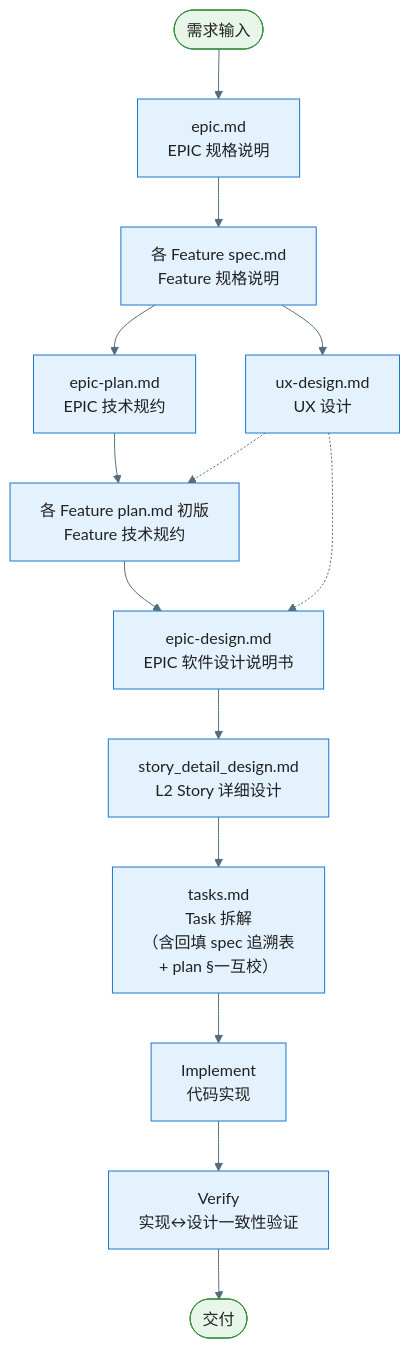
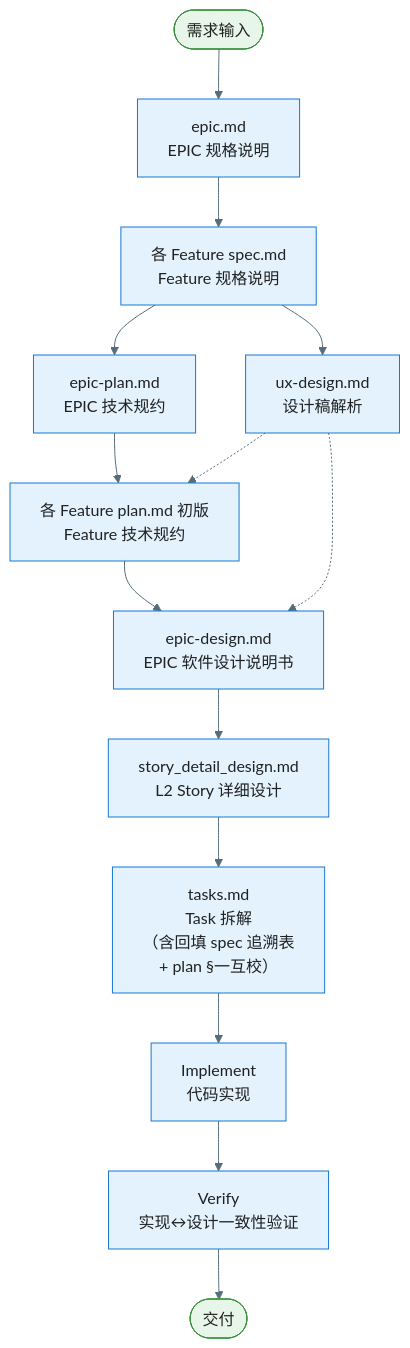
One commit to jackykarma/Verity changed the first of 5 diagrams in .specify/workflow-overview.md. Above: the diagram before and after it, drawn with Mermaid. The commit also changed other lines of this file and 6 other files, not shown here.

````diff
--- a/.specify/workflow-overview.md
+++ b/.specify/workflow-overview.md
@@ -9,28 +9,28 @@
 ```mermaid
 %%{init: {'theme': 'base', 'themeVariables': { 'primaryColor': '#E3F2FD', 'primaryTextColor': '#212121', 'primaryBorderColor': '#1976D2', 'lineColor': '#546E7A'}}}%%
 flowchart TD
     Start([需求输入]) --> EpicMd["epic.md<br/>EPIC 规格说明"]
     EpicMd --> SpecMd["各 Feature spec.md<br/>Feature 规格说明"]
     SpecMd --> EpicPlan["epic-plan.md<br/>EPIC 技术规约"]
-    SpecMd --> UxDesign["ux-design.md<br/>UX 设计"]
+    SpecMd --> UxDesign["ux-design.md<br/>设计稿解析"]
     EpicPlan --> PlanMd["各 Feature plan.md 初版<br/>Feature 技术规约"]
     UxDesign -.-> PlanMd
     PlanMd --> EpicDesign["epic-design.md<br/>EPIC 软件设计说明书"]
     UxDesign -.-> EpicDesign
     EpicDesign --> StoryDesign["story_detail_design.md<br/>L2 Story 详细设计"]
     StoryDesign --> TasksMd["tasks.md<br/>Task 拆解<br/>（含回填 spec 追溯表<br/>+ plan §一互校）"]
     TasksMd --> Implement["Implement<br/>代码实现"]
     Implement --> Verify["Verify<br/>实现↔设计一致性验证"]
     Verify --> Done([交付])
 
     style Start fill:#E8F5E9,stroke:#388E3C
     style Done fill:#E8F5E9,stroke:#388E3C
     style EpicMd fill:#E3F2FD,stroke:#1976D2
     style SpecMd fill:#E3F2FD,stroke:#1976D2
     style EpicPlan fill:#E3F2FD,stroke:#1976D2
     style UxDesign fill:#E3F2FD,stroke:#1976D2
     style PlanMd fill:#E3F2FD,stroke:#1976D2
     style EpicDesign fill:#E3F2FD,stroke:#1976D2
     style StoryDesign fill:#E3F2FD,stroke:#1976D2
     style TasksMd fill:#E3F2FD,stroke:#1976D2
 ```
````
